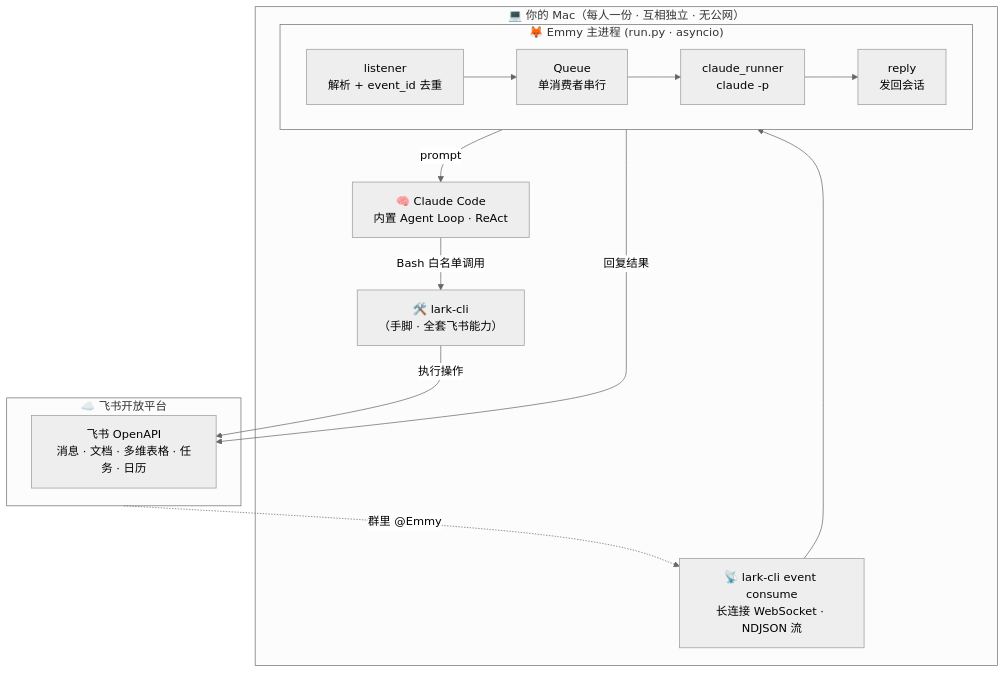
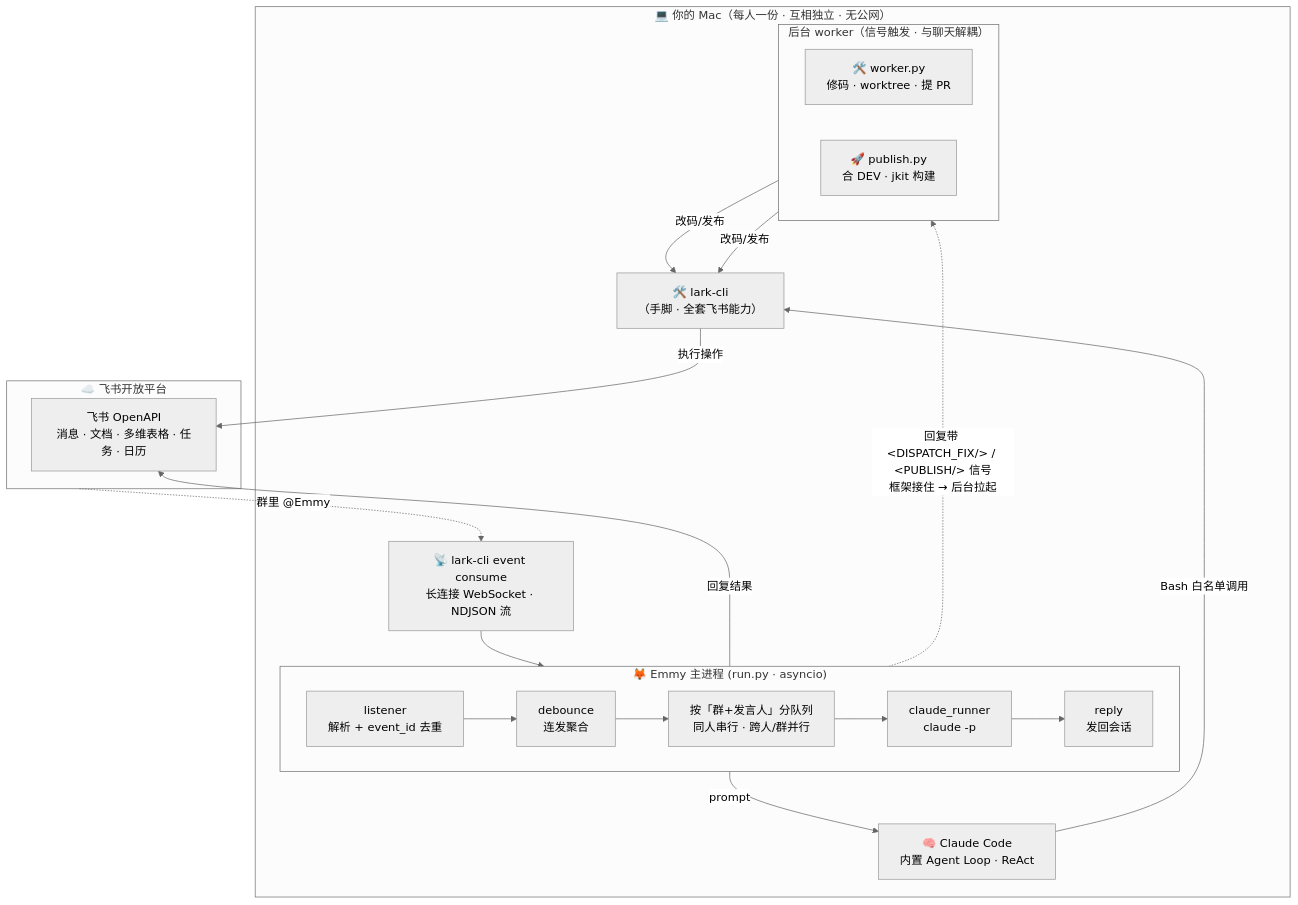
The first of 3 diagrams in README.md (EchoWangBiz/Emmy), drawn with Mermaid (neutral theme) before and after one commit. The commit also changed other lines of this file and 1 other file, not shown here.

````diff
--- a/README.md
+++ b/README.md
@@ -33,30 +34,39 @@
 ```mermaid
 flowchart TB
     subgraph Feishu["☁️ 飞书开放平台"]
         OpenAPI["飞书 OpenAPI<br/>消息 · 文档 · 多维表格 · 任务 · 日历"]
     end
 
     subgraph Mac["💻 你的 Mac（每人一份 · 互相独立 · 无公网）"]
         EC["📡 lark-cli event consume<br/>长连接 WebSocket · NDJSON 流"]
 
         subgraph Emmy["🦊 Emmy 主进程 (run.py · asyncio)"]
             direction LR
             L["listener<br/>解析 + event_id 去重"]
-            Q["Queue<br/>单消费者串行"]
+            DB["debounce<br/>连发聚合"]
+            Q["按「群+发言人」分队列<br/>同人串行 · 跨人/群并行"]
             CR["claude_runner<br/>claude -p"]
             RP["reply<br/>发回会话"]
-            L --> Q --> CR --> RP
+            L --> DB --> Q --> CR --> RP
         end
 
         CC["🧠 Claude Code<br/>内置 Agent Loop · ReAct"]
         LARK["🛠️ lark-cli<br/>（手脚 · 全套飞书能力）"]
 
+        subgraph Workers["后台 worker（信号触发 · 与聊天解耦）"]
+            direction LR
+            FW["🛠️ worker.py<br/>修码 · worktree · 提 PR"]
+            PB["🚀 publish.py<br/>合 DEV · jkit 构建"]
+        end
+
         EC --> L
         CR -->|prompt| CC
         CC -->|"Bash 白名单调用"| LARK
+        CR -. "回复带 &lt;DISPATCH_FIX/&gt; / &lt;PUBLISH/&gt; 信号<br/>框架接住 → 后台拉起" .-> Workers
+        FW & PB -->|改码/发布| LARK
     end
 
     Feishu -. "群里 @Emmy" .-> EC
     LARK -->|执行操作| OpenAPI
     RP -->|回复结果| OpenAPI
 ```
````
